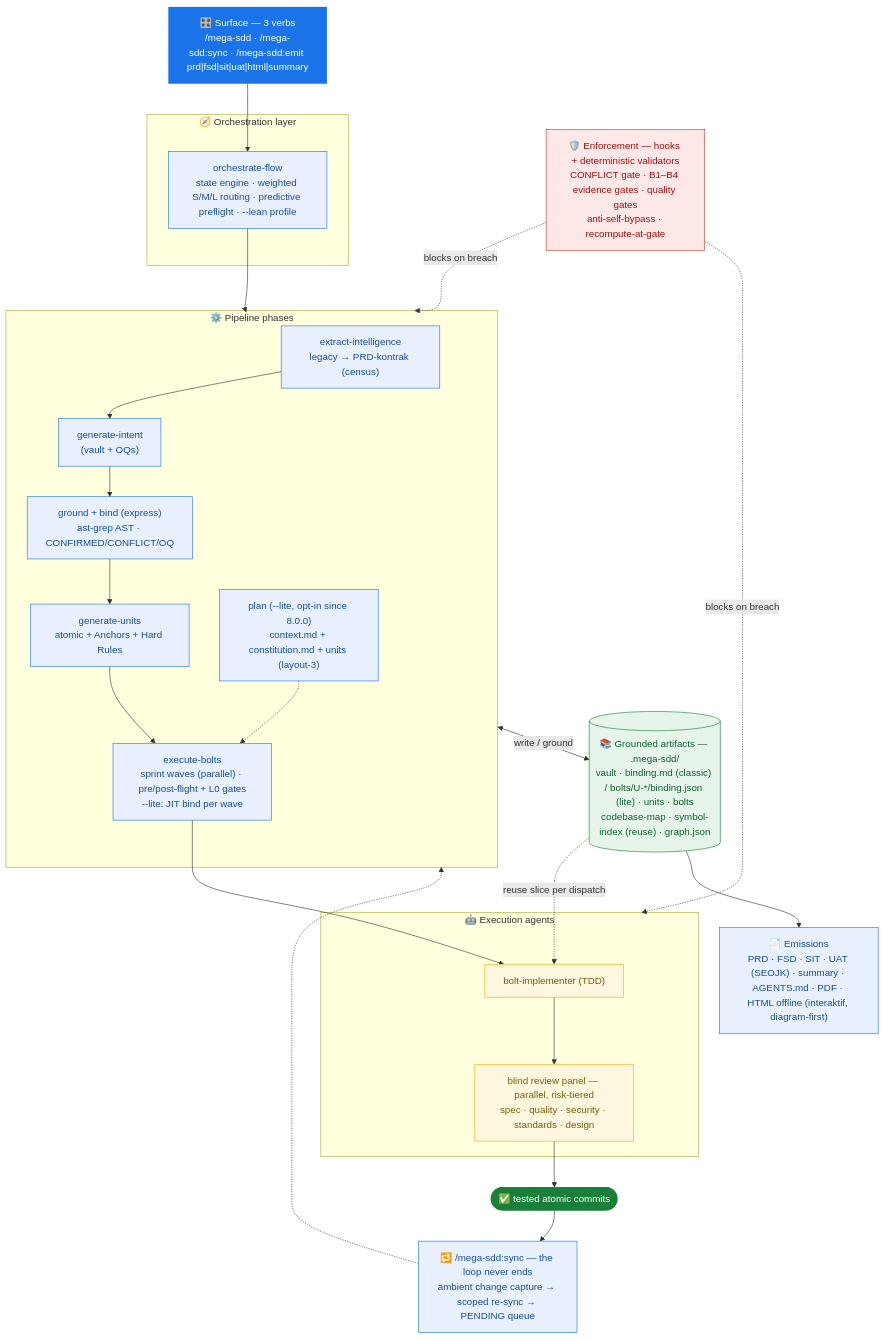
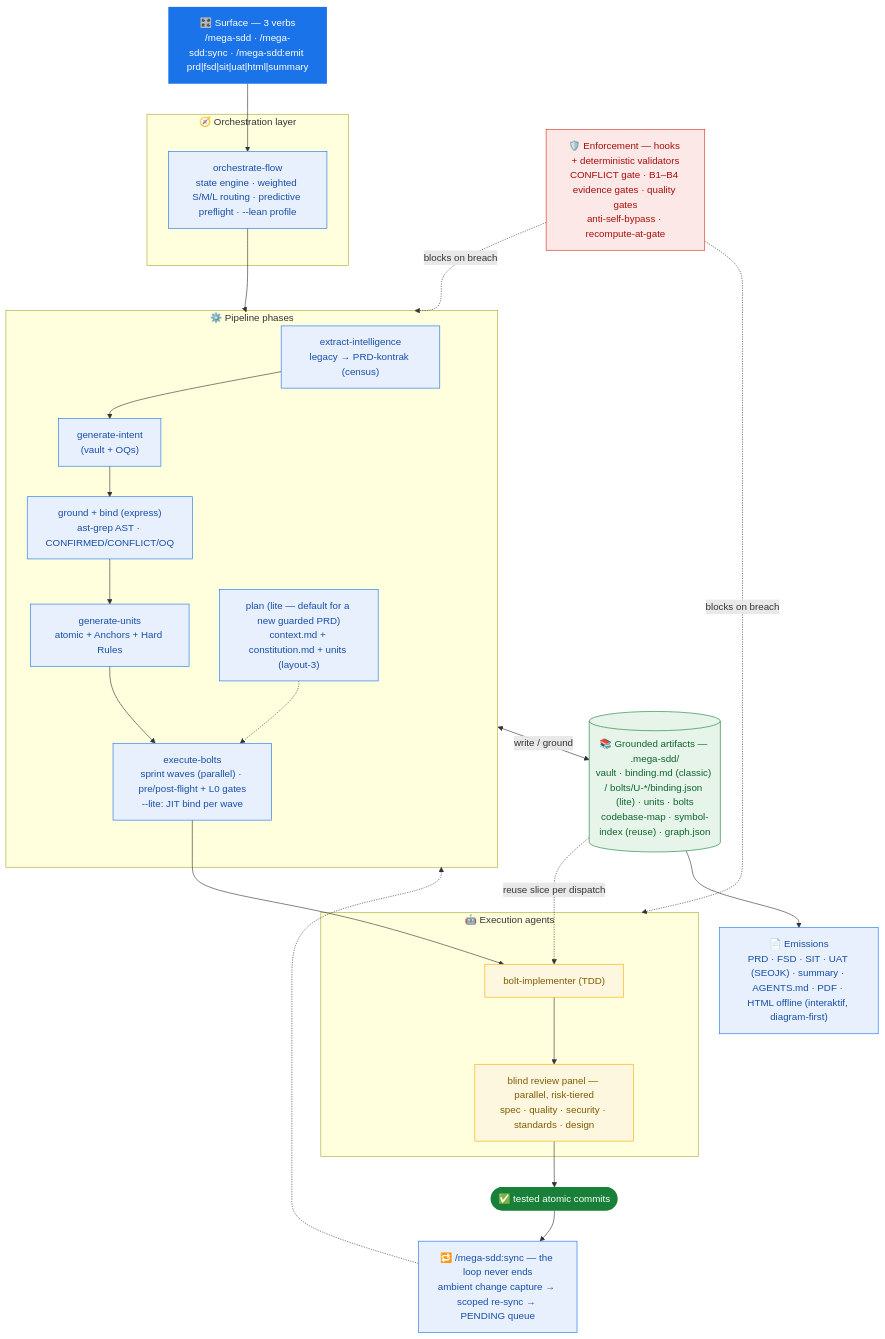
One commit to FarhanRiuzaki/Mega-SDD changed the diagram in README.md. Above: the diagram before and after it, drawn with Mermaid. The commit also changed other lines of this file and 157 other files, not shown here.

````diff
--- a/README.md
+++ b/README.md
@@ -195,42 +195,42 @@
 ```mermaid
 flowchart TB
     classDef surface fill:#1a73e8,color:#fff,stroke:none
     classDef phase fill:#e8f0fe,stroke:#1a73e8,color:#174ea6
     classDef agent fill:#fef7e0,stroke:#f9ab00,color:#7f5c00
     classDef art fill:#e6f4ea,stroke:#188038,color:#0d652d
     classDef moat fill:#fce8e6,stroke:#d93025,color:#a50e0e
     classDef out fill:#188038,color:#fff,stroke:none
 
     CMD["🎛️ Surface — 3 verbs<br/>/mega-sdd · /mega-sdd:sync · /mega-sdd:emit prd|fsd|sit|uat|html|summary"]:::surface
 
     subgraph ORCH["🧭 Orchestration layer"]
         OF["orchestrate-flow<br/>state engine · weighted S/M/L routing · predictive preflight · --lean profile"]:::phase
     end
 
     subgraph PIPE["⚙️ Pipeline phases"]
         EXTRACT["extract-intelligence<br/>legacy → PRD-kontrak (census)"]:::phase --> INTENT["generate-intent<br/>(vault + OQs)"]:::phase
         INTENT --> GROUND["ground + bind (express)<br/>ast-grep AST · CONFIRMED/CONFLICT/OQ"]:::phase
         GROUND --> UNITS["generate-units<br/>atomic + Anchors + Hard Rules"]:::phase --> BOLTS["execute-bolts<br/>sprint waves (parallel) · pre/post-flight + L0 gates<br/>--lite: JIT bind per wave"]:::phase
-        PLAN["plan (--lite, opt-in since 8.0.0)<br/>context.md + constitution.md + units (layout-3)"]:::phase -.-> BOLTS
+        PLAN["plan (lite — default for a new guarded PRD)<br/>context.md + constitution.md + units (layout-3)"]:::phase -.-> BOLTS
     end
 
     subgraph EXEC["🤖 Execution agents"]
         IMPL["bolt-implementer (TDD)"]:::agent --> PANEL["blind review panel — parallel, risk-tiered<br/>spec · quality · security · standards · design"]:::agent
     end
 
     ART[("📚 Grounded artifacts — .mega-sdd/<br/>vault · binding.md (classic) / bolts/U-*/binding.json (lite) · units · bolts<br/>codebase-map · symbol-index (reuse) · graph.json")]:::art
     MOAT["🛡️ Enforcement — hooks + deterministic validators<br/>CONFLICT gate · B1–B4 evidence gates · quality gates<br/>anti-self-bypass · recompute-at-gate"]:::moat
     DOCS["📄 Emissions<br/>PRD · FSD · SIT · UAT (SEOJK) · summary · AGENTS.md · PDF · HTML offline (interaktif, diagram-first)"]:::phase
     OUT(["✅ tested atomic commits"]):::out
     SYNC["🔁 /mega-sdd:sync — the loop never ends<br/>ambient change capture → scoped re-sync → PENDING queue"]:::phase
 
     CMD --> OF --> PIPE
     BOLTS --> IMPL
     PANEL --> OUT
     PIPE <-->|write / ground| ART
     ART -.reuse slice per dispatch.-> IMPL
     MOAT -.blocks on breach.-> PIPE
     MOAT -.blocks on breach.-> EXEC
     ART --> DOCS
     OUT --> SYNC -.-> PIPE
 ```
````
